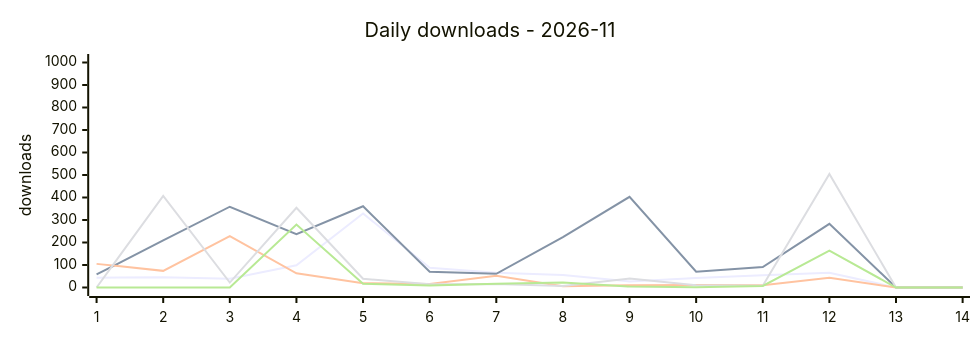
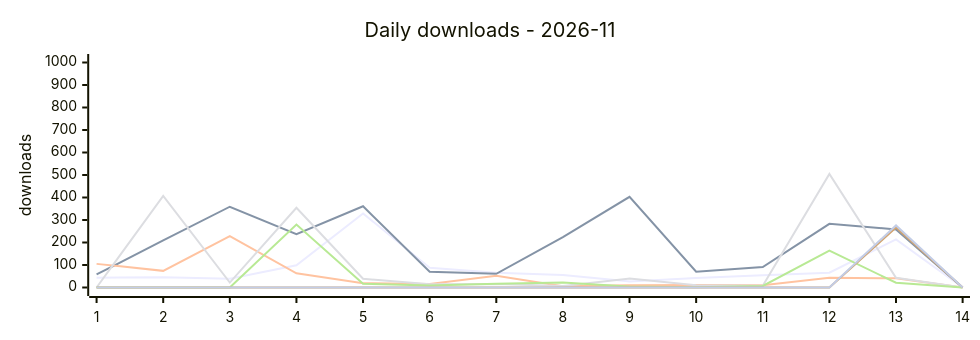
Before and after one commit to terry2010/npm-downloads-tracker: the first of 2 diagrams in DASHBOARD.md, drawn with Mermaid. The commit also changed other lines of this file and 2 other files, not shown here.

````diff
--- a/DASHBOARD.md
+++ b/DASHBOARD.md
@@ -33,12 +31,14 @@
 ```mermaid
 %%{init: {'xyChart': {'width': 960, 'height': 320}}}%%
 xychart-beta
     title "Daily downloads - 2026-11"
     x-axis ["1", "2", "3", "4", "5", "6", "7", "8", "9", "10", "11", "12", "13", "14"]
     y-axis "downloads" 0 --> 1000
-    line "dsh-loop-recover" [43, 46, 39, 99, 329, 88, 66, 56, 27, 42, 54, 66, 0, 0]
-    line "dsh-rss-news-daily" [58, 209, 359, 237, 361, 70, 61, 224, 403, 70, 91, 283, 0, 0]
-    line "opencode-loop-recover" [105, 74, 228, 63, 19, 16, 52, 6, 10, 11, 10, 43, 0, 0]
-    line "oc-market-quail-zephyr-72a0" [0, 407, 22, 354, 39, 14, 15, 7, 40, 10, 8, 505, 0, 0]
-    line "awesome-opencode-market" [0, 0, 0, 280, 17, 9, 17, 22, 4, 1, 7, 164, 0, 0]
+    line "dsh-loop-recover" [43, 46, 39, 99, 329, 88, 66, 56, 27, 42, 54, 66, 214, 0]
+    line "dsh-rss-news-daily" [58, 209, 359, 237, 361, 70, 61, 224, 403, 70, 91, 283, 258, 0]
+    line "opencode-loop-recover" [105, 74, 228, 63, 19, 16, 52, 6, 10, 11, 10, 43, 41, 0]
+    line "oc-market-quail-zephyr-72a0" [0, 407, 22, 354, 39, 14, 15, 7, 40, 10, 8, 505, 43, 0]
+    line "awesome-opencode-market" [0, 0, 0, 280, 17, 9, 17, 22, 4, 1, 7, 164, 21, 0]
+    line "surfbird" [0, 0, 0, 0, 0, 0, 0, 0, 0, 0, 0, 0, 267, 0]
+    line "surfbird-mcp" [0, 0, 0, 0, 0, 0, 0, 0, 0, 0, 0, 0, 276, 0]
 ```
````
